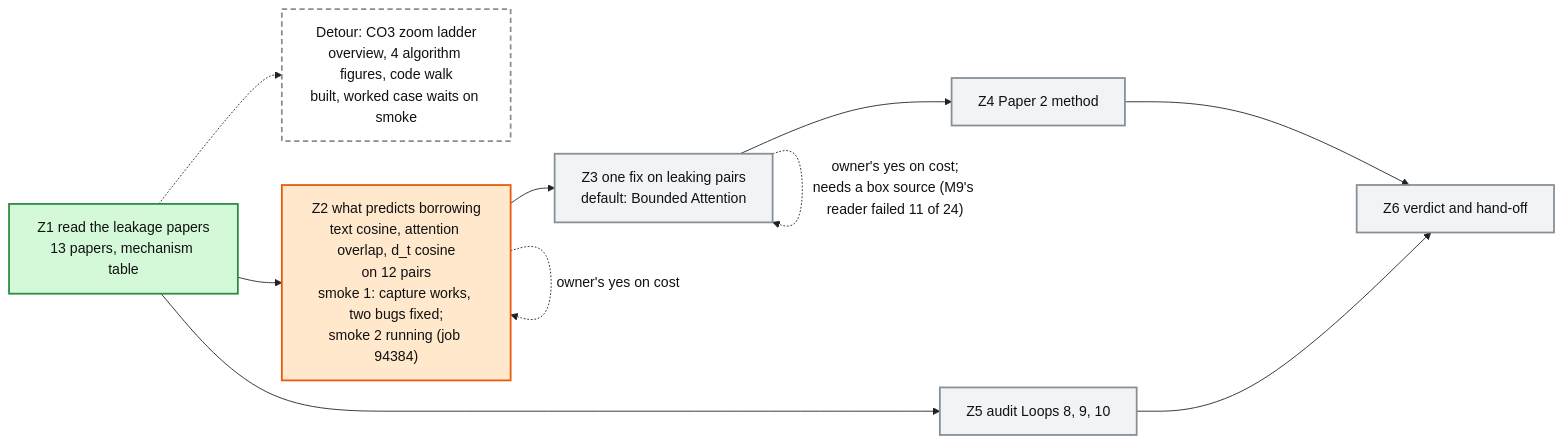
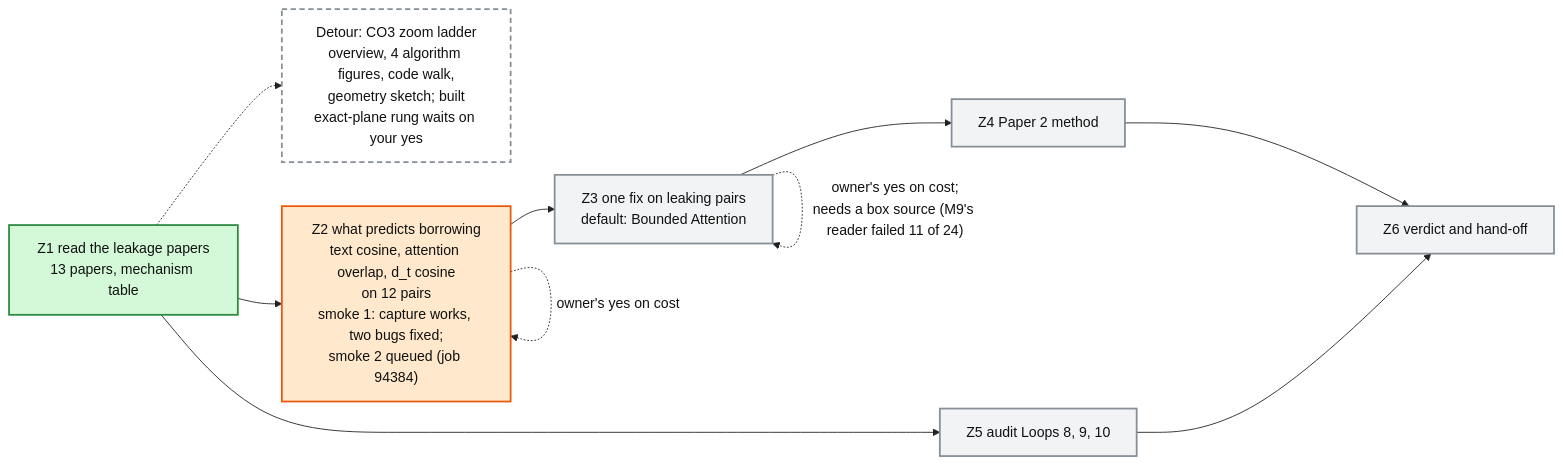
Before and after one commit to mo-rsa24/concept-composition: the diagram in artifacts/notes/progress/leakage/loop-12-progress.mmd, drawn with Mermaid. The commit also changed 1 other file, not shown here.

Commit message:
Loop 12 map: ladder detour and smoke 2 queued

```diff
--- a/artifacts/notes/progress/leakage/loop-12-progress.mmd
+++ b/artifacts/notes/progress/leakage/loop-12-progress.mmd
@@ -1,18 +1,18 @@
 %%{init: {'theme': 'base', 'themeVariables': {'fontFamily': 'monospace', 'primaryColor': '#ffffff', 'primaryBorderColor': '#222222', 'primaryTextColor': '#111111', 'lineColor': '#222222'}}}%%
 flowchart LR
   Z1["Z1 read the leakage papers<br/>13 papers, mechanism table"]:::done
-  Z2["Z2 what predicts borrowing<br/>text cosine, attention overlap, d_t cosine<br/>on 12 pairs<br/>smoke 1: capture works, two bugs fixed;<br/>smoke 2 running (job 94384)"]:::doing
+  Z2["Z2 what predicts borrowing<br/>text cosine, attention overlap, d_t cosine<br/>on 12 pairs<br/>smoke 1: capture works, two bugs fixed;<br/>smoke 2 queued (job 94384)"]:::doing
   Z3["Z3 one fix on leaking pairs<br/>default: Bounded Attention"]:::todo
   Z4["Z4 Paper 2 method"]:::todo
   Z5["Z5 audit Loops 8, 9, 10"]:::todo
   Z6["Z6 verdict and hand-off"]:::todo
-  LAD["Detour: CO3 zoom ladder<br/>overview, 4 algorithm figures, code walk<br/>built, worked case waits on smoke"]:::detour
+  LAD["Detour: CO3 zoom ladder<br/>overview, 4 algorithm figures, code walk,<br/>geometry sketch; built<br/>exact-plane rung waits on your yes"]:::detour
   Z1 -.-> LAD
   Z1 --> Z2 --> Z3 --> Z4 --> Z6
   Z1 --> Z5 --> Z6
   Z2 -. "owner's yes on cost" .-> Z2
   Z3 -. "owner's yes on cost;<br/>needs a box source (M9's reader failed 11 of 24)" .-> Z3
   classDef done fill:#d3f9d8,stroke:#2b8a3e,stroke-width:2px
   classDef doing fill:#ffe8cc,stroke:#e8590c,stroke-width:2px
   classDef detour fill:#ffffff,stroke:#868e96,stroke-width:2px,stroke-dasharray: 6 4
   classDef todo fill:#f1f3f5,stroke:#868e96,stroke-width:2px
```
